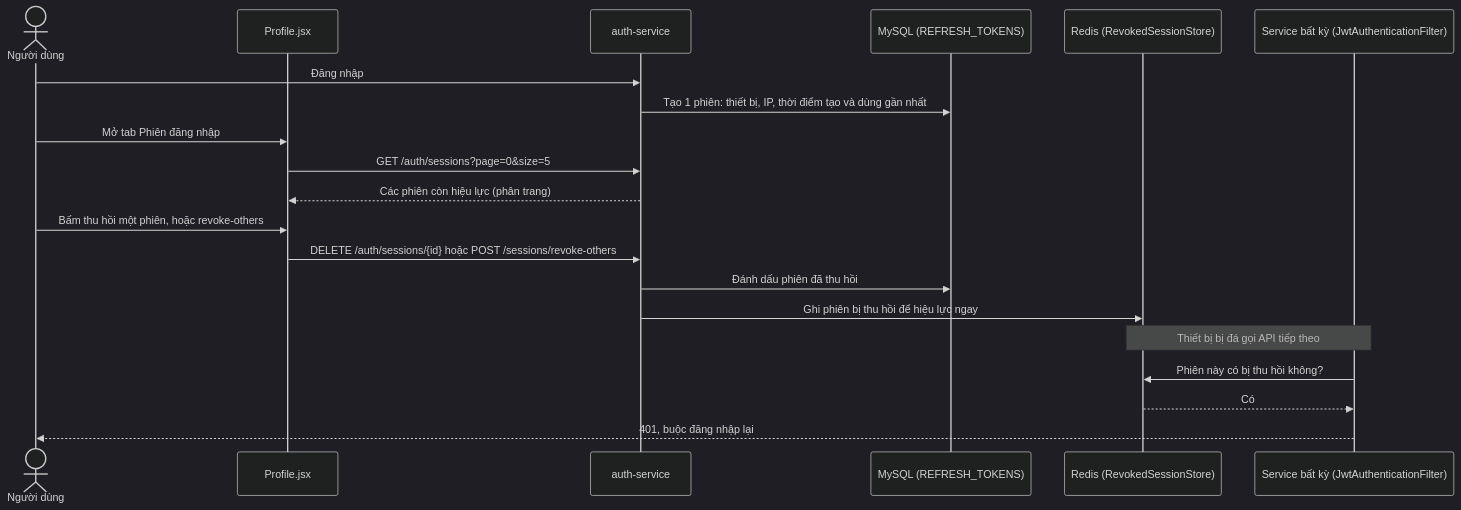
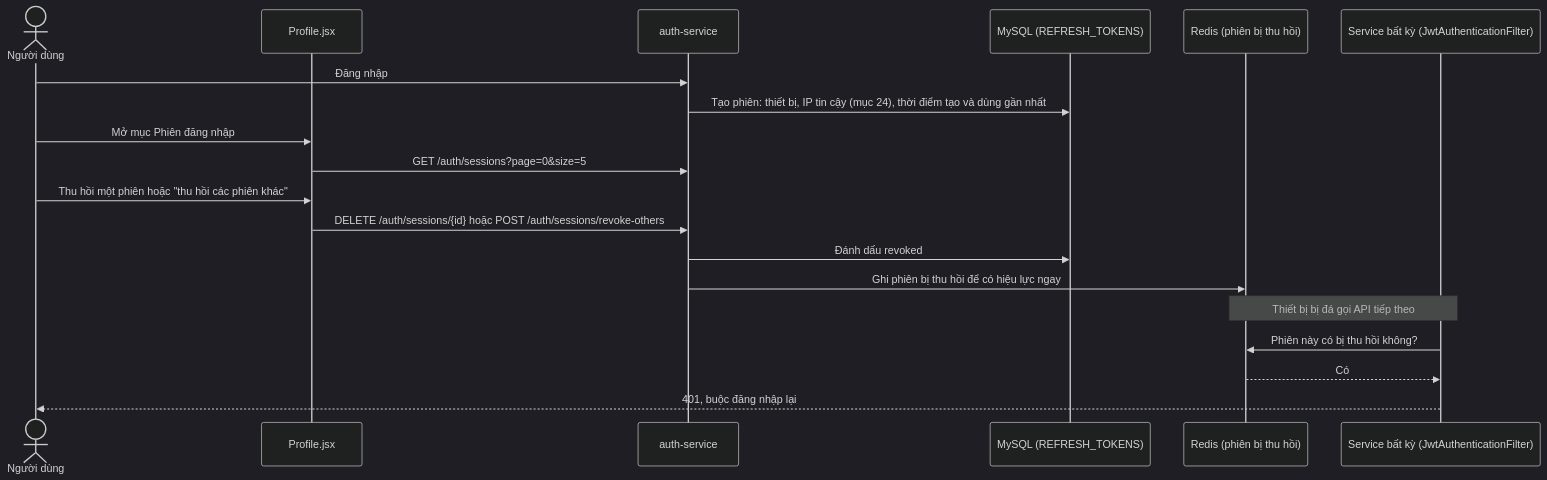
Before and after one commit to boyquynhluu/family-expense-manager: diagram 13 of 33 in README.md, drawn with Mermaid (dark theme). The commit also changed other lines of this file and 1 other file, not shown here.

````diff
--- a/README.md
+++ b/README.md
@@ -494,23 +465,22 @@
 ```mermaid
 sequenceDiagram
     actor U as Người dùng
     participant FE as Profile.jsx
     participant AU as auth-service
     participant DB as MySQL (REFRESH_TOKENS)
-    participant RD as Redis (RevokedSessionStore)
+    participant RD as Redis (phiên bị thu hồi)
     participant SV as Service bất kỳ (JwtAuthenticationFilter)
 
     U->>AU: Đăng nhập
-    AU->>DB: Tạo 1 phiên: thiết bị, IP, thời điểm tạo và dùng gần nhất
-    U->>FE: Mở tab Phiên đăng nhập
+    AU->>DB: Tạo phiên: thiết bị, IP tin cậy (mục 24), thời điểm tạo và dùng gần nhất
+    U->>FE: Mở mục Phiên đăng nhập
     FE->>AU: GET /auth/sessions?page=0&size=5
-    AU-->>FE: Các phiên còn hiệu lực (phân trang)
-    U->>FE: Bấm thu hồi một phiên, hoặc revoke-others
-    FE->>AU: DELETE /auth/sessions/{id} hoặc POST /sessions/revoke-others
-    AU->>DB: Đánh dấu phiên đã thu hồi
-    AU->>RD: Ghi phiên bị thu hồi để hiệu lực ngay
+    U->>FE: Thu hồi một phiên hoặc "thu hồi các phiên khác"
+    FE->>AU: DELETE /auth/sessions/{id} hoặc POST /auth/sessions/revoke-others
+    AU->>DB: Đánh dấu revoked
+    AU->>RD: Ghi phiên bị thu hồi để có hiệu lực ngay
     Note over SV,RD: Thiết bị bị đá gọi API tiếp theo
     SV->>RD: Phiên này có bị thu hồi không?
     RD-->>SV: Có
     SV-->>U: 401, buộc đăng nhập lại
 ```
````
